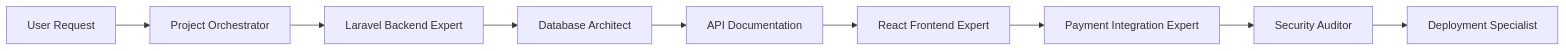
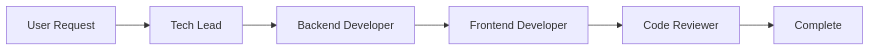
One commit to vijaythecoder/awesome-claude-agents changed the diagram in docs/interconnected-agents.md. Above: the diagram before and after it, drawn with Mermaid. The commit also changed other lines of this file and 24 other files, not shown here.

````diff
--- a/docs/interconnected-agents.md
+++ b/docs/interconnected-agents.md
@@ -131,11 +127,8 @@
 ```mermaid
 graph LR
-    A[User Request] --> B[Project Orchestrator]
-    B --> C[Laravel Backend Expert]
-    C --> D[Database Architect]
-    D --> E[API Documentation]
-    E --> F[React Frontend Expert]
-    F --> G[Payment Integration Expert]
-    G --> H[Security Auditor]
-    H --> I[Deployment Specialist]
+    A[User Request] --> B[Tech Lead]
+    B --> C[Backend Developer]
+    C --> D[Frontend Developer]
+    D --> E[Code Reviewer]
+    E --> F[Complete]
 ```
````
